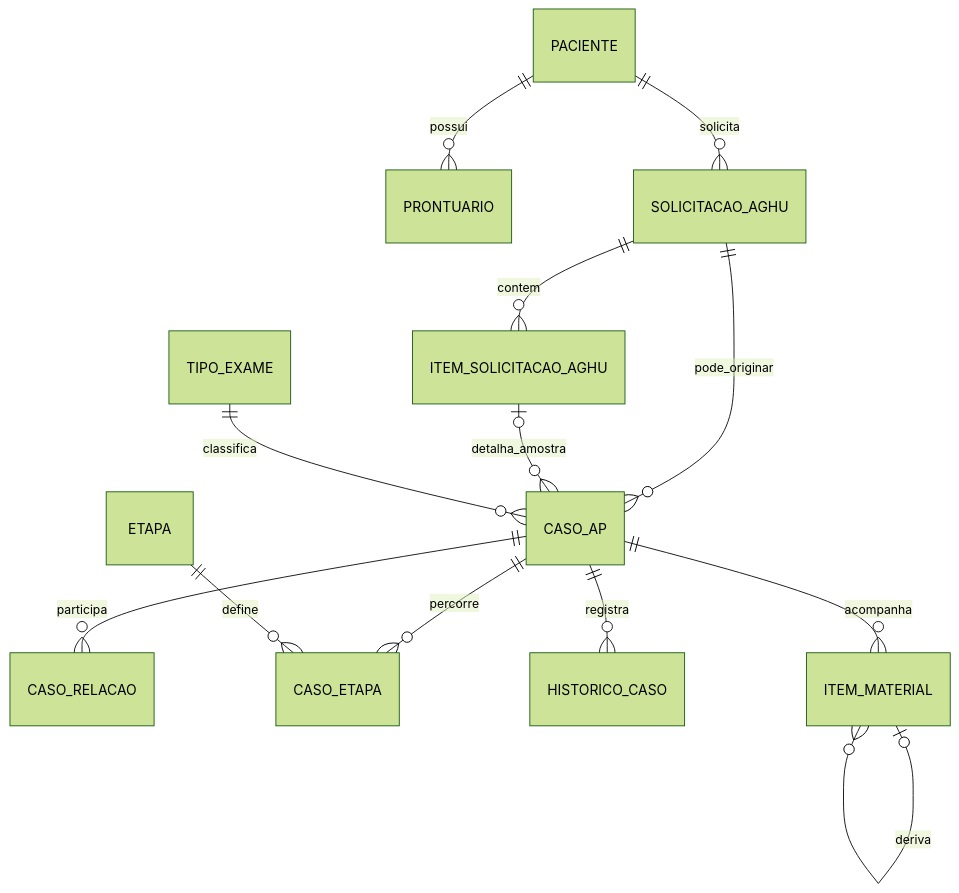
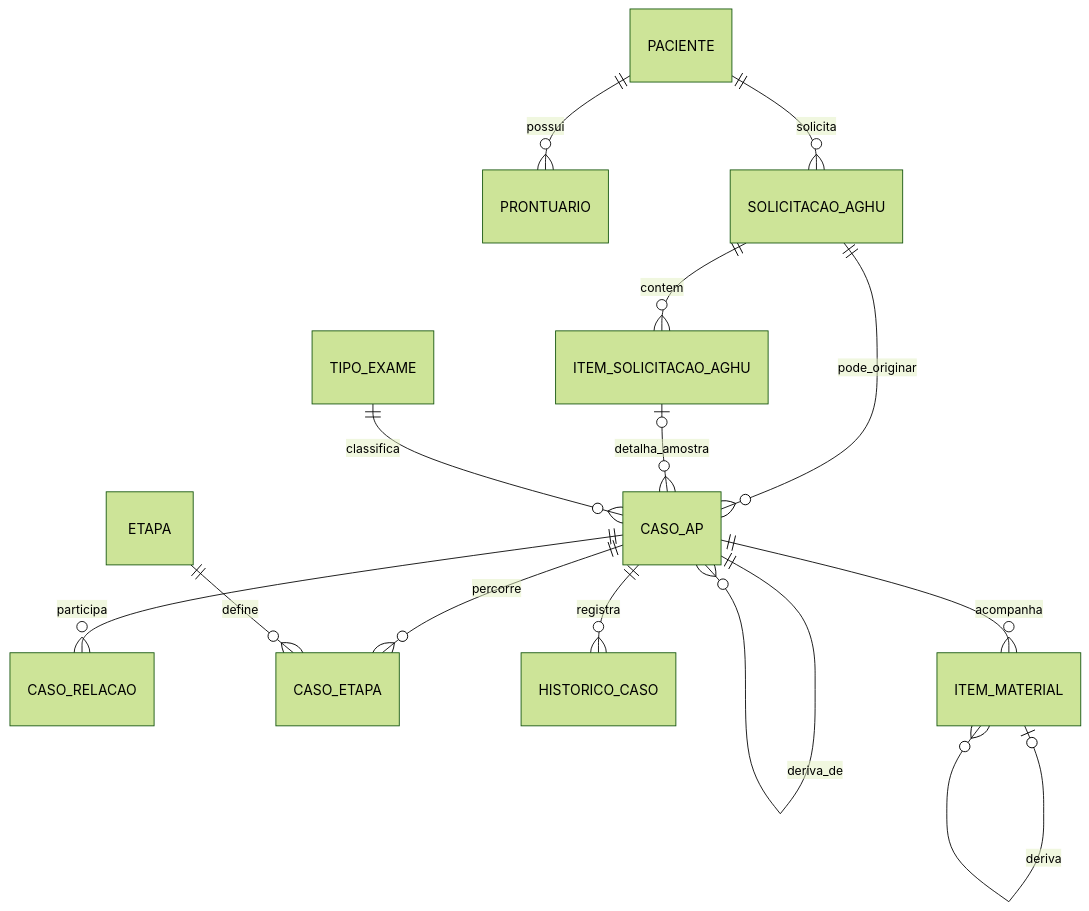
One commit to HCUFPE/Framework-SETISD-HC-UFPE changed the first of 5 diagrams in docs/especificacao/04-modelo-dados.md. Above: the diagram before and after it, drawn with Mermaid (forest theme). The commit also changed other lines of this file and 33 other files, not shown here.

````diff
--- a/docs/especificacao/04-modelo-dados.md
+++ b/docs/especificacao/04-modelo-dados.md
@@ -8,15 +8,16 @@
 ```mermaid
 erDiagram
     PACIENTE ||--o{ PRONTUARIO : possui
     PACIENTE ||--o{ SOLICITACAO_AGHU : solicita
     SOLICITACAO_AGHU ||--o{ ITEM_SOLICITACAO_AGHU : contem
     SOLICITACAO_AGHU ||--o{ CASO_AP : pode_originar
     ITEM_SOLICITACAO_AGHU o|--o{ CASO_AP : detalha_amostra
     TIPO_EXAME ||--o{ CASO_AP : classifica
+    CASO_AP ||--o{ CASO_AP : deriva_de
     CASO_AP ||--o{ CASO_RELACAO : participa
     CASO_AP ||--o{ CASO_ETAPA : percorre
     ETAPA ||--o{ CASO_ETAPA : define
     CASO_AP ||--o{ HISTORICO_CASO : registra
     CASO_AP ||--o{ ITEM_MATERIAL : acompanha
     ITEM_MATERIAL o|--o{ ITEM_MATERIAL : deriva
 ```
````
